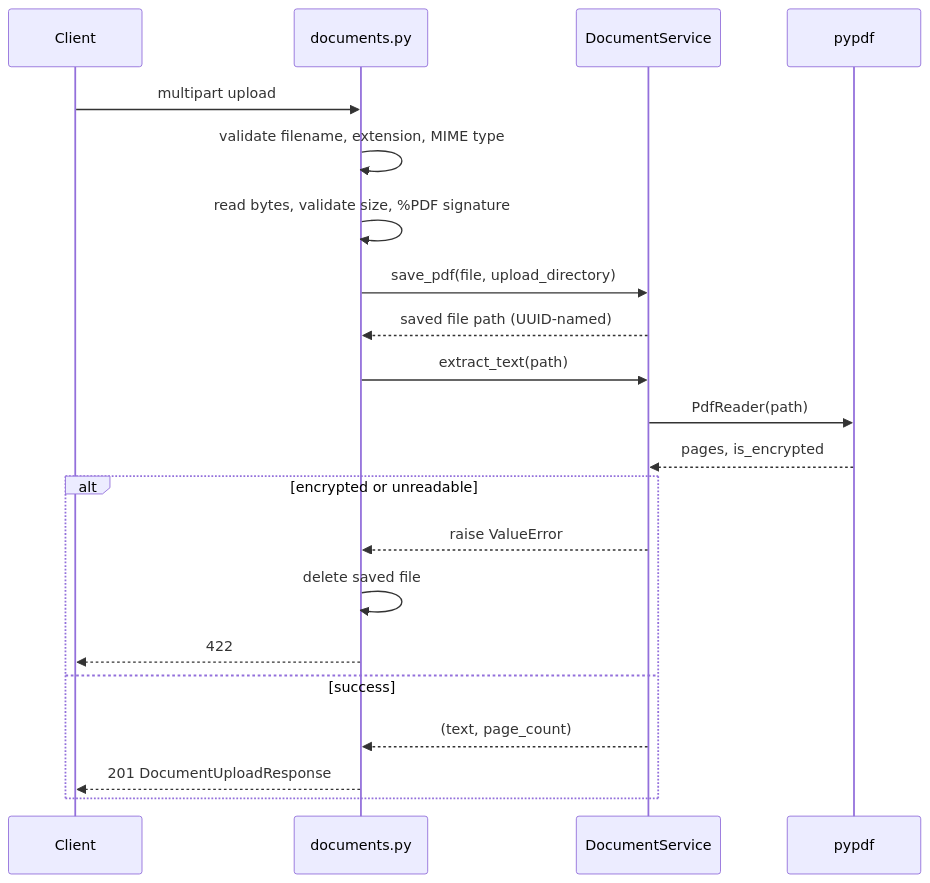
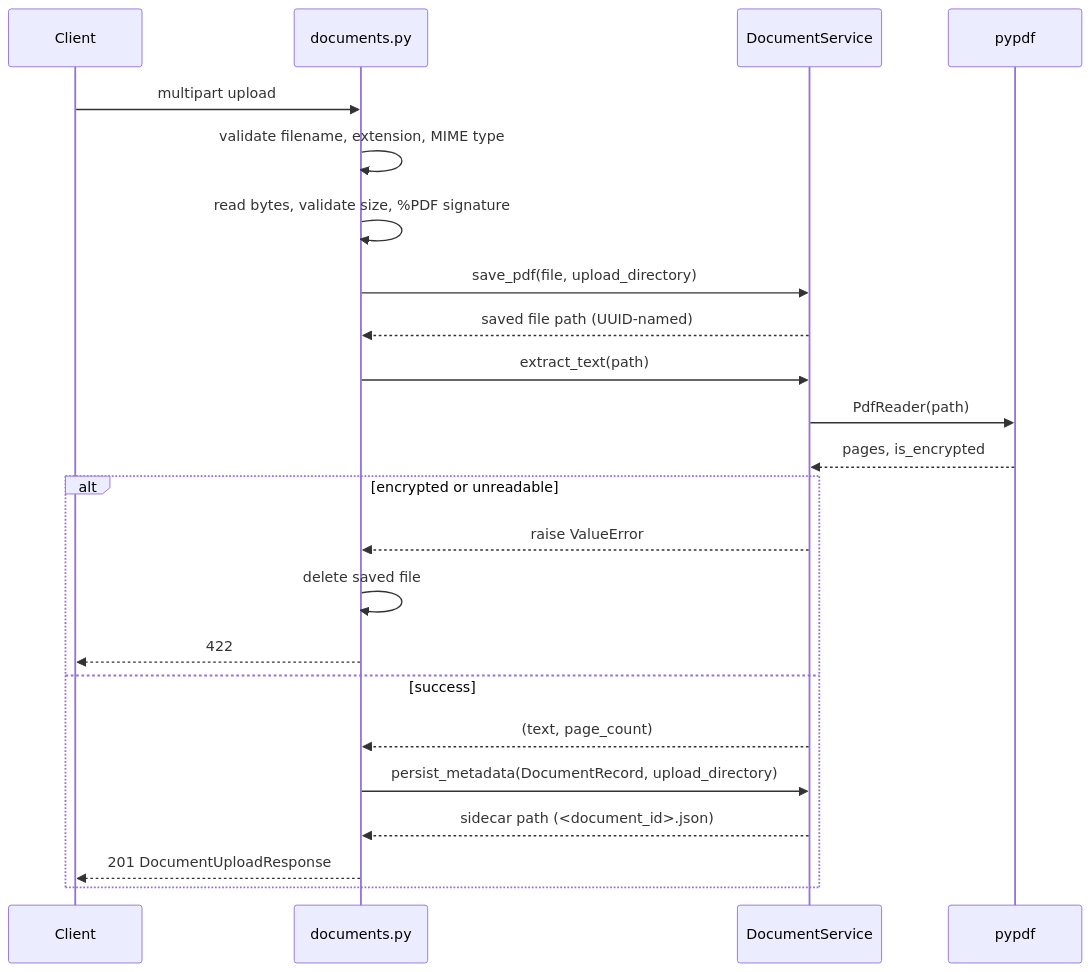
The second of 2 diagrams in docs/ARCHITECTURE.md (NavdeepTU/KnowledgeHub_AI), drawn with Mermaid before and after one commit. The commit also changed other lines of this file and 4 other files, not shown here.

````diff
--- a/docs/ARCHITECTURE.md
+++ b/docs/ARCHITECTURE.md
@@ -60,24 +60,26 @@
 ```mermaid
 sequenceDiagram
     participant Client
     participant Router as documents.py
     participant Service as DocumentService
     participant PyPDF as pypdf
 
     Client->>Router: multipart upload
     Router->>Router: validate filename, extension, MIME type
     Router->>Router: read bytes, validate size, %PDF signature
     Router->>Service: save_pdf(file, upload_directory)
     Service-->>Router: saved file path (UUID-named)
     Router->>Service: extract_text(path)
     Service->>PyPDF: PdfReader(path)
     PyPDF-->>Service: pages, is_encrypted
     alt encrypted or unreadable
         Service-->>Router: raise ValueError
         Router->>Router: delete saved file
         Router-->>Client: 422
     else success
         Service-->>Router: (text, page_count)
+        Router->>Service: persist_metadata(DocumentRecord, upload_directory)
+        Service-->>Router: sidecar path (<document_id>.json)
         Router-->>Client: 201 DocumentUploadResponse
     end
 ```
````
